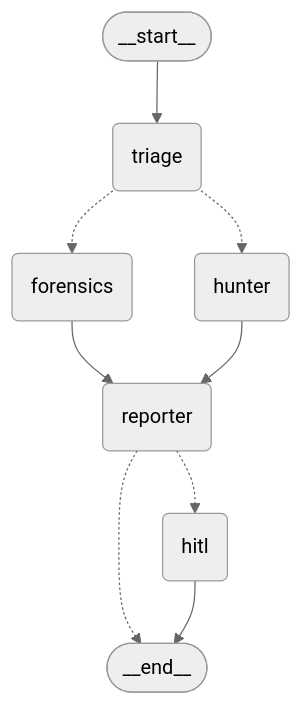
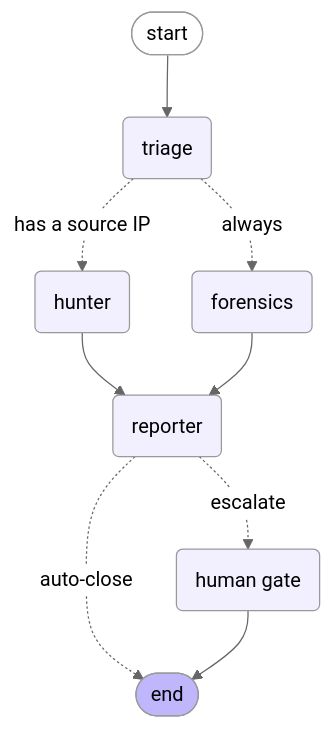
One commit to bechir08933891/soc-triage-langgraph changed the tenth of 12 diagrams in README.md. Above: the diagram before and after it, drawn with Mermaid (neutral theme). The commit also changed other lines of this file and 12 other files, not shown here.

First line of the commit message:
Docs: bilingual README with a seven-diagram visual guide

````diff
--- a/README.md
+++ b/README.md
@@ -20,18 +310,21 @@
 ```mermaid
 graph TD;
-	__start__([__start__]):::first
-	triage(triage)
-	hunter(hunter)
-	forensics(forensics)
-	reporter(reporter)
-	hitl(hitl)
-	__end__([__end__]):::last
-	__start__ --> triage;
-	forensics --> reporter;
-	hunter --> reporter;
-	reporter -.-> __end__;
-	reporter -.-> hitl;
-	triage -.-> forensics;
-	triage -.-> hunter;
-	hitl --> __end__;
+    __start__([start]):::first
+    triage(triage)
+    hunter(hunter)
+    forensics(forensics)
+    reporter(reporter)
+    hitl(human gate)
+    __end__([end]):::last
+    __start__ --> triage;
+    triage -.->|has a source IP| hunter;
+    triage -.->|always| forensics;
+    hunter --> reporter;
+    forensics --> reporter;
+    reporter -.->|escalate| hitl;
+    reporter -.->|auto-close| __end__;
+    hitl --> __end__;
+    classDef default fill:#f2f0ff,line-height:1.2
+    classDef first fill-opacity:0
+    classDef last fill:#bfb6fc
 ```
````
